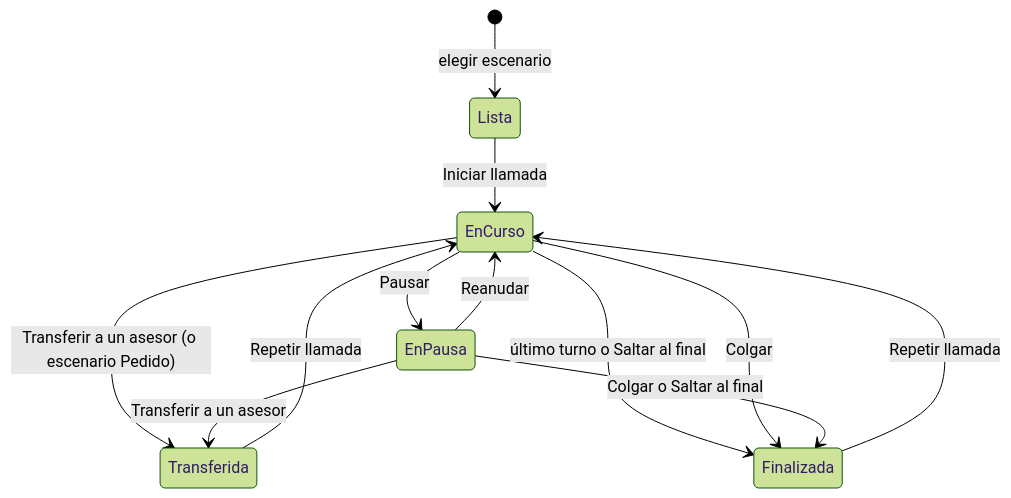
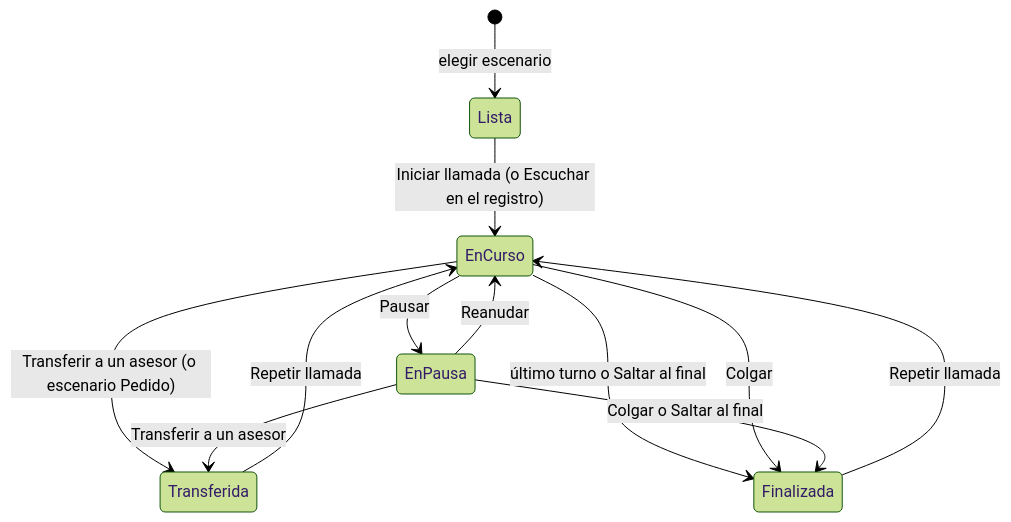
One commit to ronalc90/koptup changed the first of 2 diagrams in docs/wiki/Guia-Demo-voice-ai.md. Above: the diagram before and after it, drawn with Mermaid (forest theme). The commit also changed other lines of this file and 24 other files, not shown here.

````diff
--- a/docs/wiki/Guia-Demo-voice-ai.md
+++ b/docs/wiki/Guia-Demo-voice-ai.md
@@ -139,14 +139,14 @@
 ```mermaid
 stateDiagram-v2
     [*] --> Lista: elegir escenario
-    Lista --> EnCurso: Iniciar llamada
+    Lista --> EnCurso: Iniciar llamada (o Escuchar en el registro)
     EnCurso --> EnPausa: Pausar
     EnPausa --> EnCurso: Reanudar
     EnCurso --> Finalizada: último turno o Saltar al final
     EnCurso --> Transferida: Transferir a un asesor (o escenario Pedido)
     EnCurso --> Finalizada: Colgar
     EnPausa --> Transferida: Transferir a un asesor
     EnPausa --> Finalizada: Colgar o Saltar al final
     Finalizada --> EnCurso: Repetir llamada
     Transferida --> EnCurso: Repetir llamada
 ```
````
